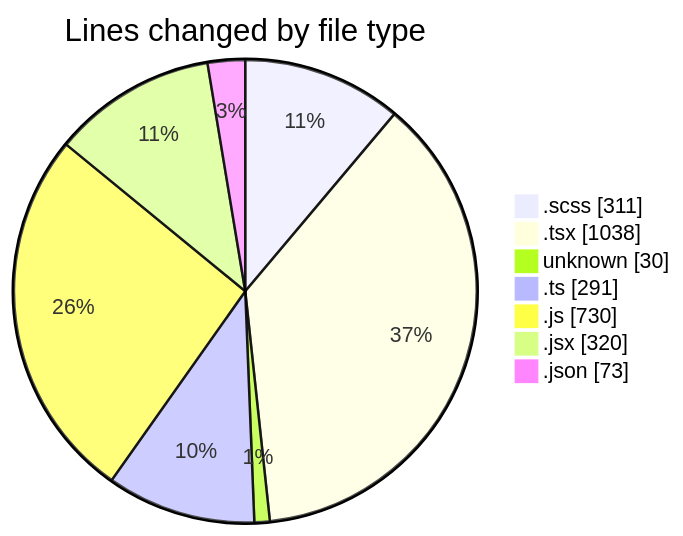
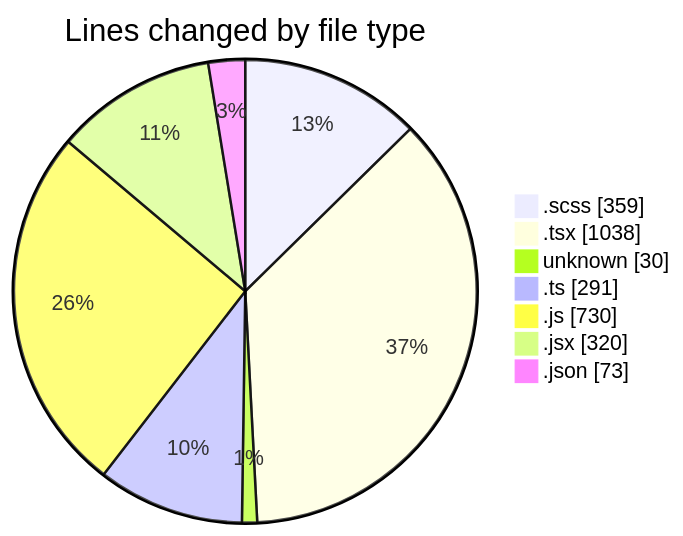
Before and after one commit to momahboobian/code-tracking: the first of 2 diagrams in 2025-03-05/cda/README.md, drawn with Mermaid. The commit also changed other lines of this file and 1 other file, not shown here.

````diff
--- a/2025-03-05/cda/README.md
+++ b/2025-03-05/cda/README.md
@@ -44,11 +45,11 @@
 ```mermaid
 pie showData
 title Lines changed by file type
-".scss" : 311
+".scss" : 359
 ".tsx" : 1038
 "unknown" : 30
 ".ts" : 291
 ".js" : 730
 ".jsx" : 320
 ".json" : 73
 ```
````
